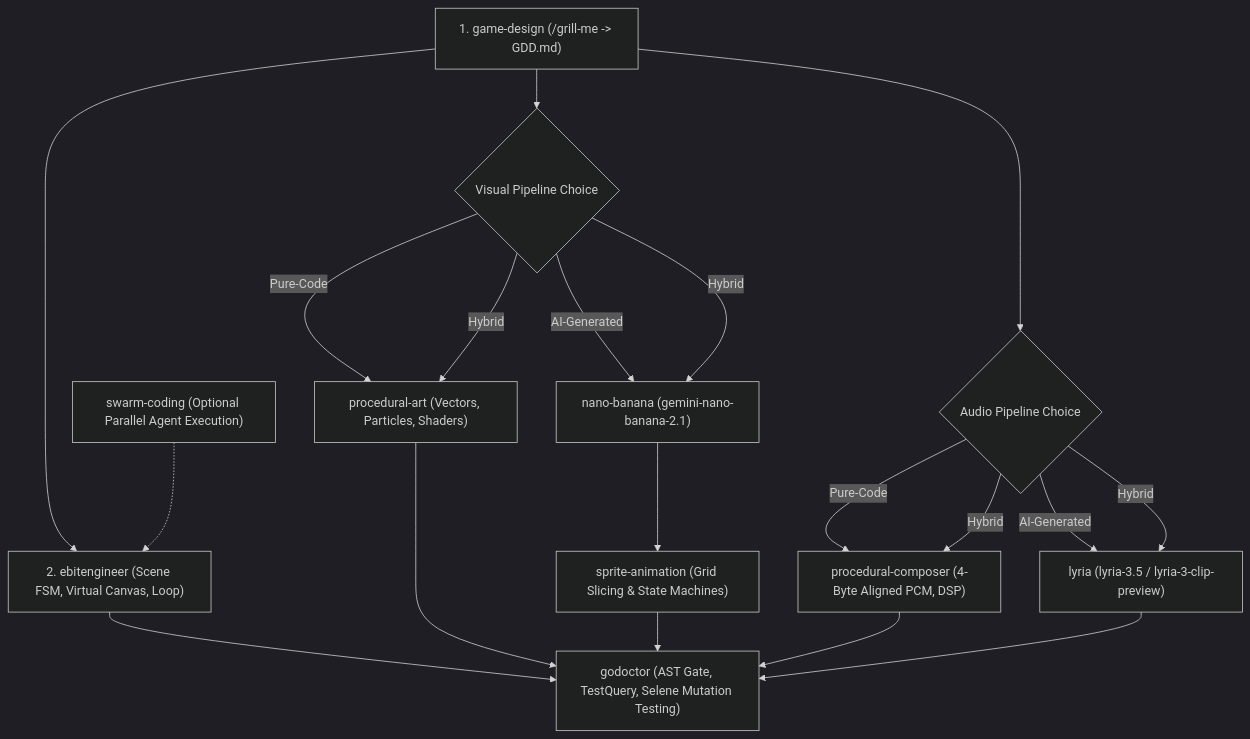
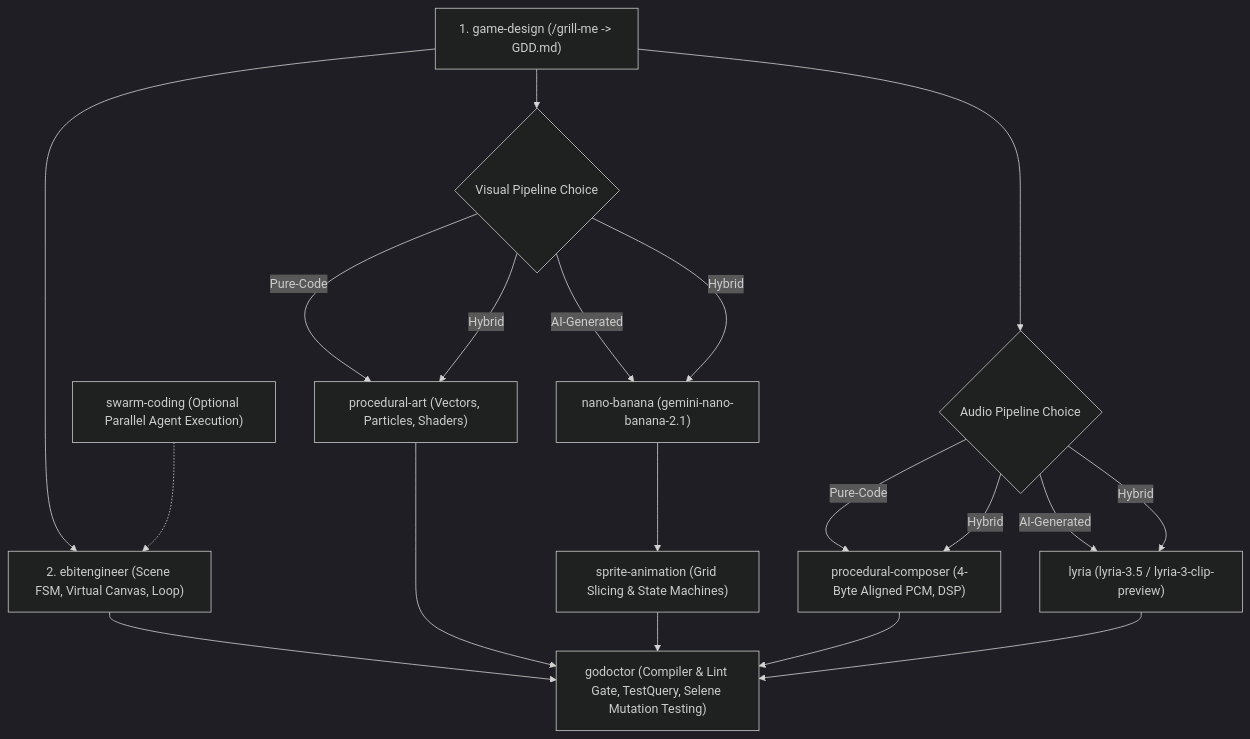
One commit to danicat/agy-game-studio changed the diagram in skills/vibe-game-developer/SKILL.md. Above: the diagram before and after it, drawn with Mermaid (dark theme). The commit also changed other lines of this file and 33 other files, not shown here.

````diff
--- a/skills/vibe-game-developer/SKILL.md
+++ b/skills/vibe-game-developer/SKILL.md
@@ -49,24 +49,24 @@
 ```mermaid
 flowchart TD
     GDD["1. game-design (/grill-me -> GDD.md)"] --> Engine["2. ebitengineer (Scene FSM, Virtual Canvas, Loop)"]
     GDD --> VisChoice{"Visual Pipeline Choice"}
     GDD --> AudChoice{"Audio Pipeline Choice"}
 
     VisChoice -->|Pure-Code| ProcArt["procedural-art (Vectors, Particles, Shaders)"]
     VisChoice -->|AI-Generated| Nano["nano-banana (gemini-nano-banana-2.1)"]
     VisChoice -->|Hybrid| ProcArt
     VisChoice -->|Hybrid| Nano
     Nano --> SpriteAnim["sprite-animation (Grid Slicing & State Machines)"]
 
     AudChoice -->|Pure-Code| ProcComp["procedural-composer (4-Byte Aligned PCM, DSP)"]
     AudChoice -->|AI-Generated| Lyria["lyria (lyria-3.5 / lyria-3-clip-preview)"]
     AudChoice -->|Hybrid| ProcComp
     AudChoice -->|Hybrid| Lyria
 
-    Engine --> QA["godoctor (AST Gate, TestQuery, Selene Mutation Testing)"]
+    Engine --> QA["godoctor (Compiler & Lint Gate, TestQuery, Selene Mutation Testing)"]
     ProcArt --> QA
     SpriteAnim --> QA
     ProcComp --> QA
     Lyria --> QA
     Swarm["swarm-coding (Optional Parallel Agent Execution)"] -.-> Engine
 ```
````
